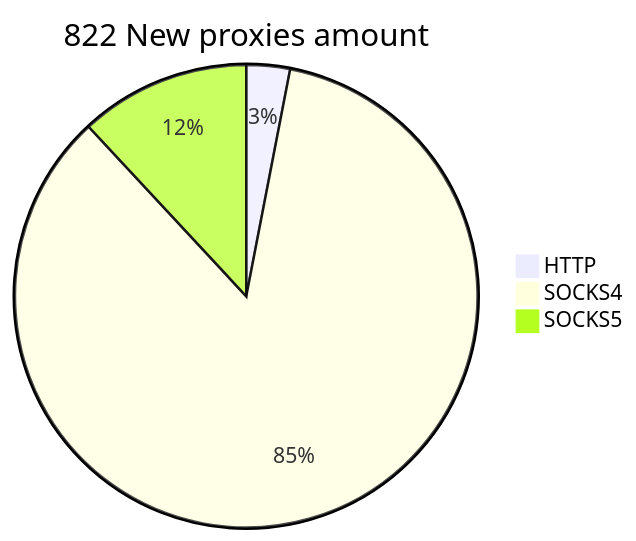
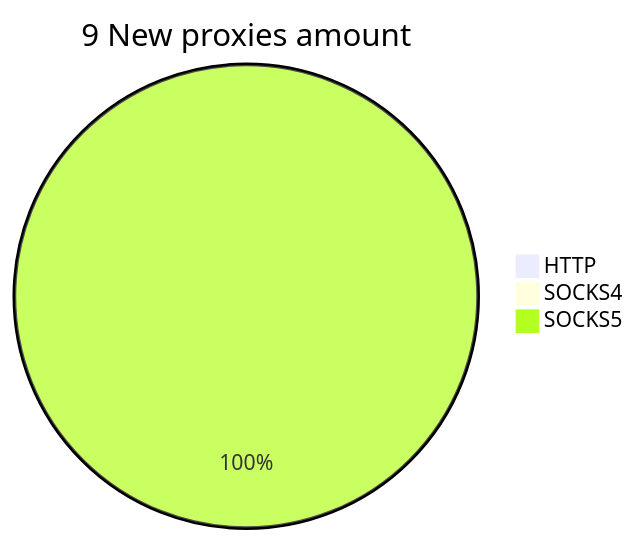
One commit to cutipu/proxylist changed the second of 2 diagrams in README.md. Above: the diagram before and after it, drawn with Mermaid. The commit also changed other lines of this file, not shown here.

````diff
--- a/README.md
+++ b/README.md
@@ -10,6 +10,6 @@
 ```mermaid
-pie title 822 New proxies amount
-    "HTTP" : 25
-    "SOCKS4" : 699
-    "SOCKS5" : 98
+pie title 9 New proxies amount
+    "HTTP" : 0
+    "SOCKS4" : 0
+    "SOCKS5" : 10
 ```
````
